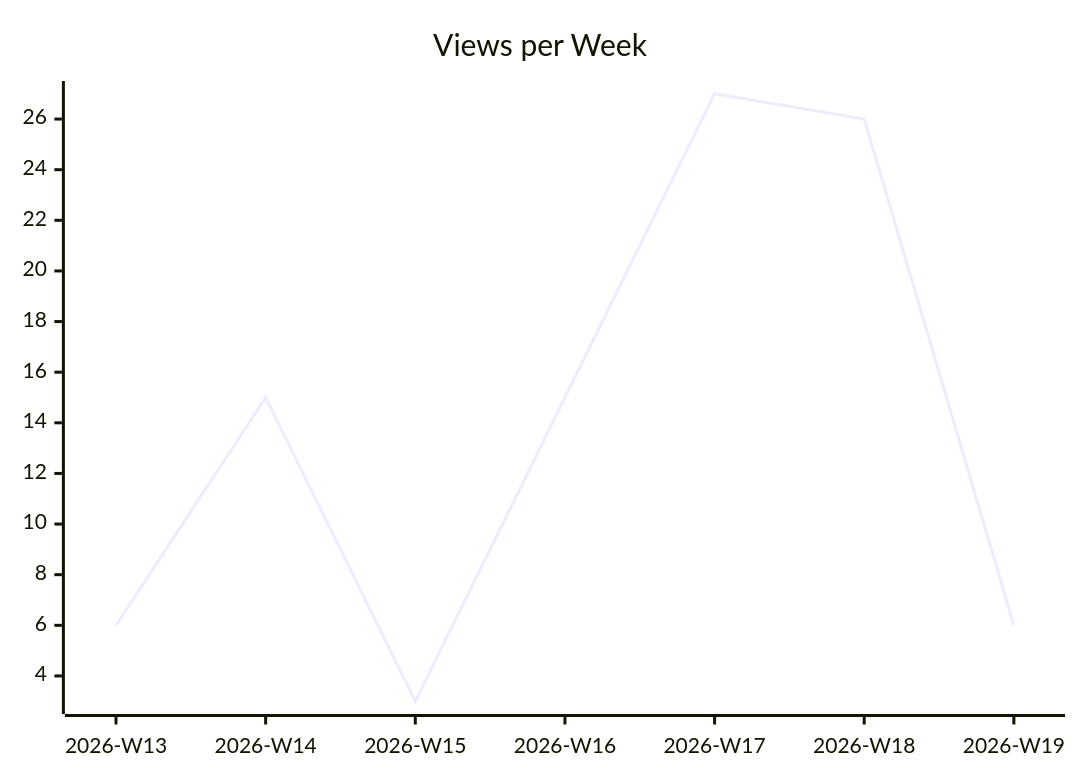
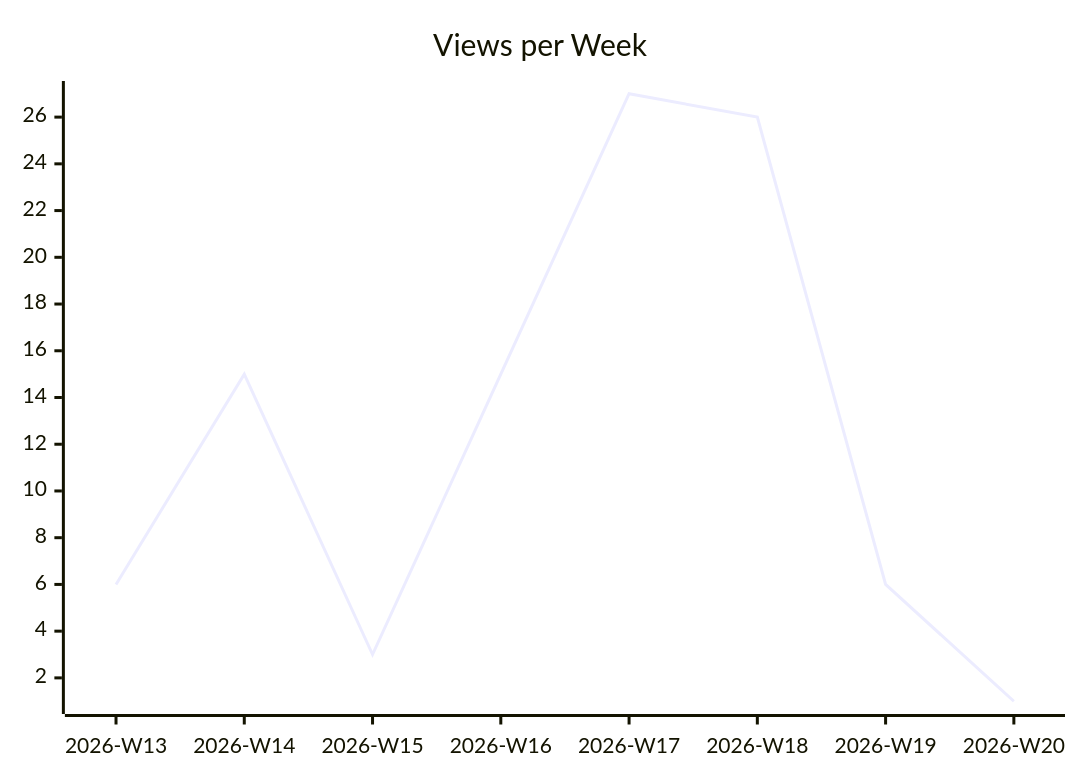
The second of 3 diagrams in karlmdavis/ksoap2-android/README.md (justdavis-family/github-analytics-data), drawn with Mermaid before and after one commit. The commit also changed other lines of this file and 190 other files, not shown here.

````diff
--- a/karlmdavis/ksoap2-android/README.md
+++ b/karlmdavis/ksoap2-android/README.md
@@ -12,6 +12,6 @@
 ```mermaid
 xychart-beta
   title "Views per Week"
-  x-axis ["2026-W13", "2026-W14", "2026-W15", "2026-W16", "2026-W17", "2026-W18", "2026-W19"]
-  line [6, 15, 3, 15, 27, 26, 6]
+  x-axis ["2026-W13", "2026-W14", "2026-W15", "2026-W16", "2026-W17", "2026-W18", "2026-W19", "2026-W20"]
+  line [6, 15, 3, 15, 27, 26, 6, 1]
 ```
````
